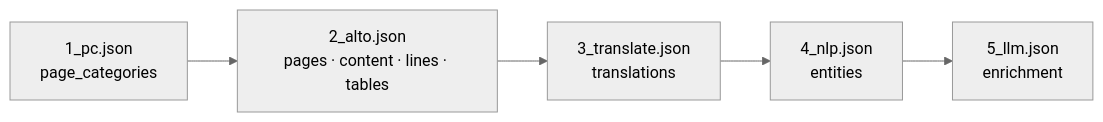
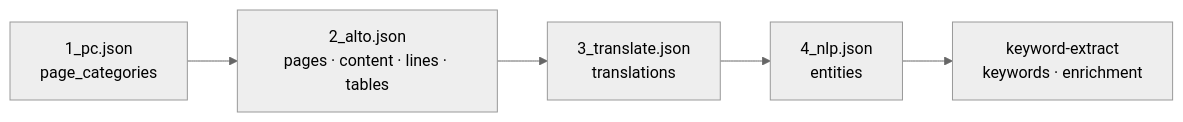
The second of 2 diagrams in docs_site/pipelines.md (ufal/atrium-project), drawn with Mermaid (neutral theme) before and after one commit. The commit also changed other lines of this file and 69 other files, not shown here.

````diff
--- a/docs_site/pipelines.md
+++ b/docs_site/pipelines.md
@@ -89,7 +89,7 @@
 ```mermaid
 flowchart LR
   P1["1_pc.json<br/>page_categories"] --> P2["2_alto.json<br/>pages · content · lines · tables"]
   P2 --> P3["3_translate.json<br/>translations"]
   P3 --> P4["4_nlp.json<br/>entities"]
-  P4 --> P5["5_llm.json<br/>enrichment"]
+  P4 --> P5["keyword-extract<br/>keywords · enrichment"]
 ```
````
